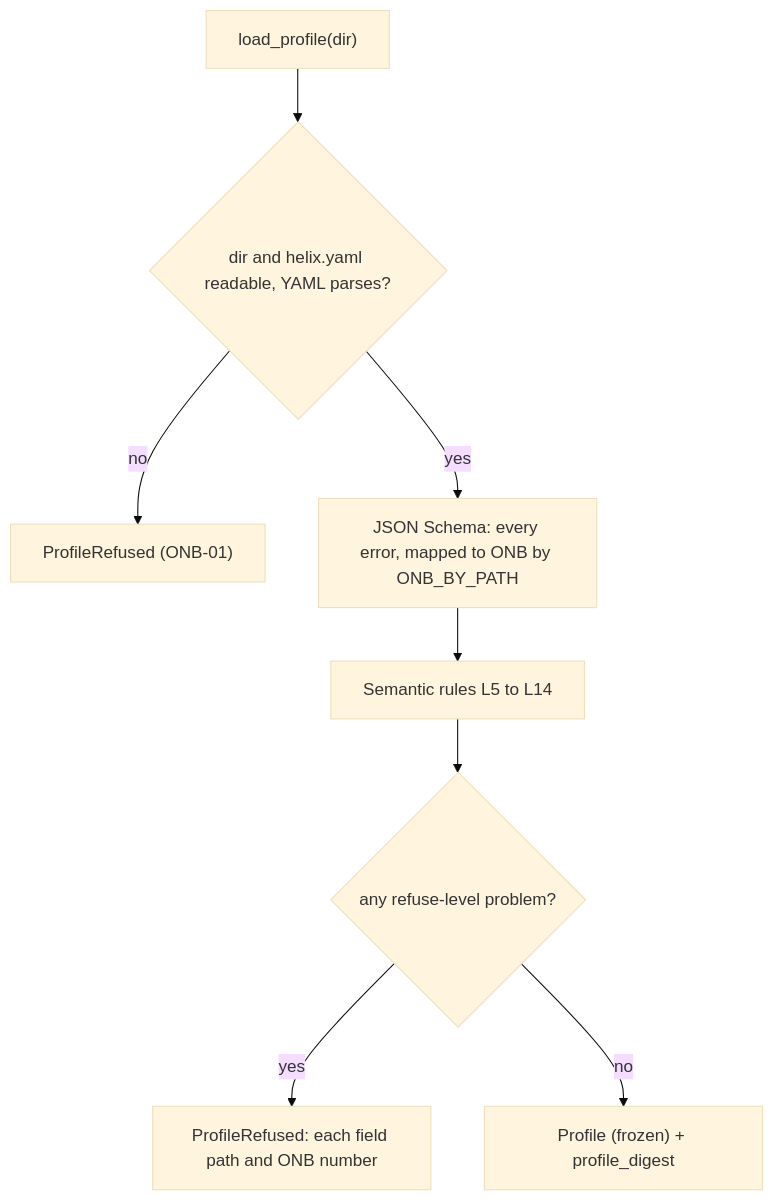
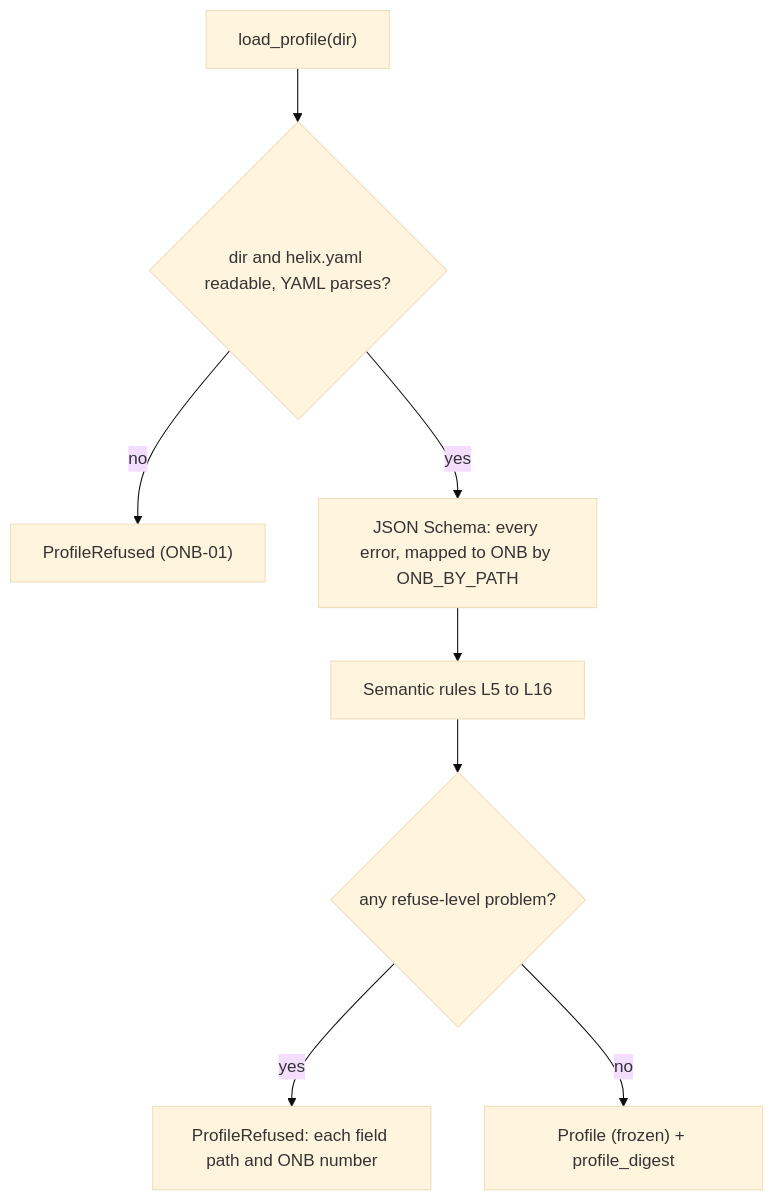
Before and after one commit to developerhegde/helix: the second of 3 diagrams in docs/lld/02-client-profile-and-doctor.md, drawn with Mermaid (base theme). The commit also changed other lines of this file and 18 other files, not shown here.

````diff
--- a/docs/lld/02-client-profile-and-doctor.md
+++ b/docs/lld/02-client-profile-and-doctor.md
@@ -499,10 +530,10 @@
 ```mermaid
 flowchart TD
   S["load_profile(dir)"] --> A{"dir and helix.yaml readable, YAML parses?"}
   A -- no --> R["ProfileRefused (ONB-01)"]
   A -- yes --> B["JSON Schema: every error, mapped to ONB by ONB_BY_PATH"]
-  B --> C["Semantic rules L5 to L14"]
+  B --> C["Semantic rules L5 to L16"]
   C --> D{"any refuse-level problem?"}
   D -- yes --> R2["ProfileRefused: each field path and ONB number"]
   D -- no --> P["Profile (frozen) + profile_digest"]
 ```
````
